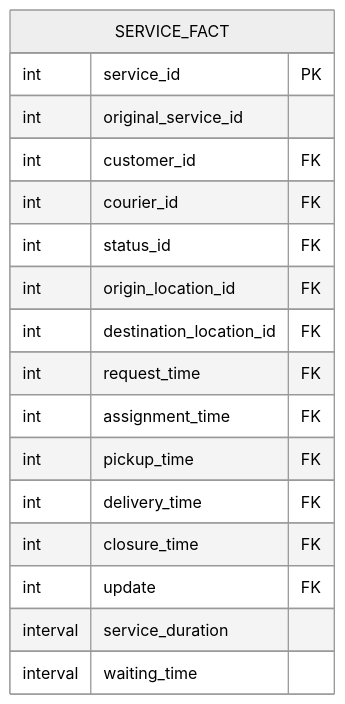
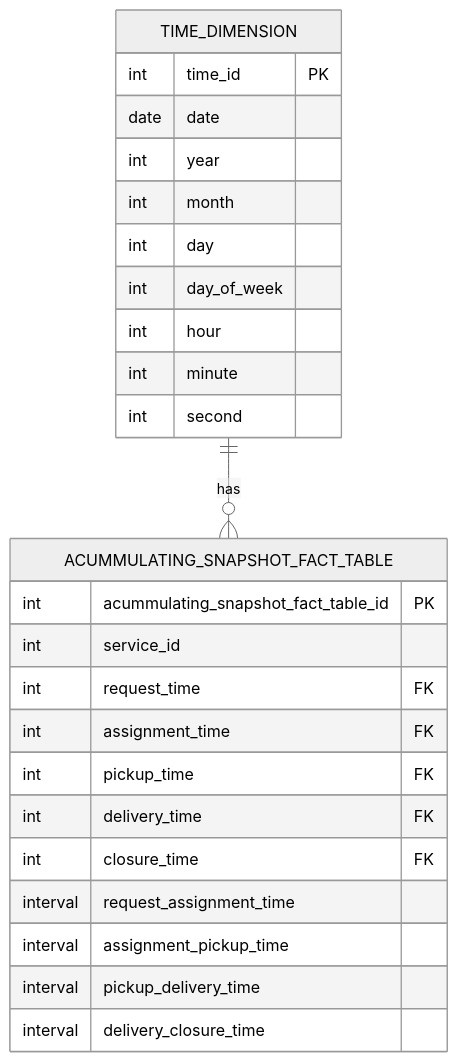
Before and after one commit to LONG-TERM-EFFECTS-OF-SUFFERING/Rapidos_y_Furiosos_data_warehouse: the seventh of 9 diagrams in dimensions_and_data_marts.md, drawn with Mermaid (neutral theme). The commit also changed other lines of this file and 1 other file, not shown here.

````diff
--- a/dimensions_and_data_marts.md
+++ b/dimensions_and_data_marts.md
@@ -87,20 +89,30 @@
 ```MERMAID
 erDiagram
-    SERVICE_FACT {
-        int service_id PK
-        int original_service_id
-        int customer_id FK
-        int courier_id FK
-        int status_id FK
-        int origin_location_id FK
-        int destination_location_id FK
+    TIME_DIMENSION {
+        int time_id PK
+        date date
+        int year
+        int month
+        int day
+        int day_of_week
+        int hour
+        int minute
+        int second
+    }
+
+    ACUMMULATING_SNAPSHOT_FACT_TABLE {
+        int acummulating_snapshot_fact_table_id PK
+        int service_id
         int request_time FK
         int assignment_time FK
         int pickup_time FK
         int delivery_time FK
         int closure_time FK
-        int update FK
-        interval service_duration
-        interval waiting_time
+        interval request_assignment_time
+        interval assignment_pickup_time
+        interval pickup_delivery_time
+        interval delivery_closure_time
     }
+
+    TIME_DIMENSION ||--o{ ACUMMULATING_SNAPSHOT_FACT_TABLE : "has"
 ```
````
